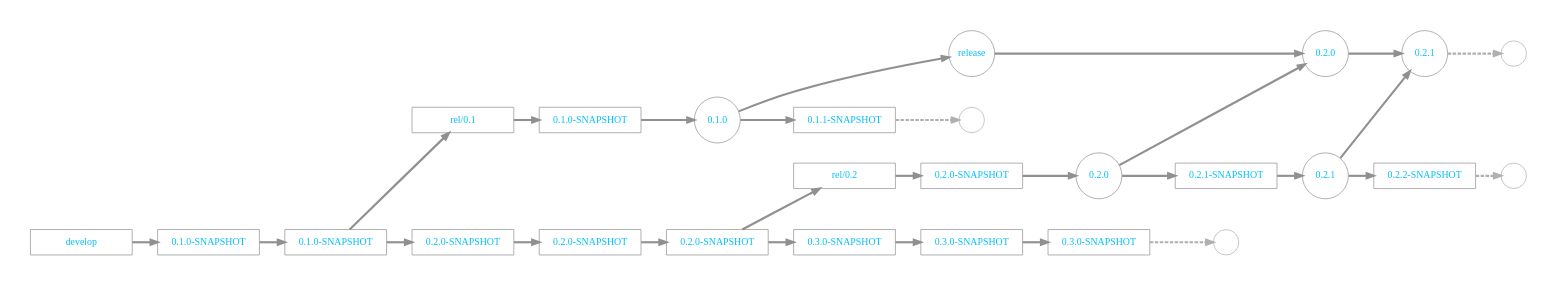
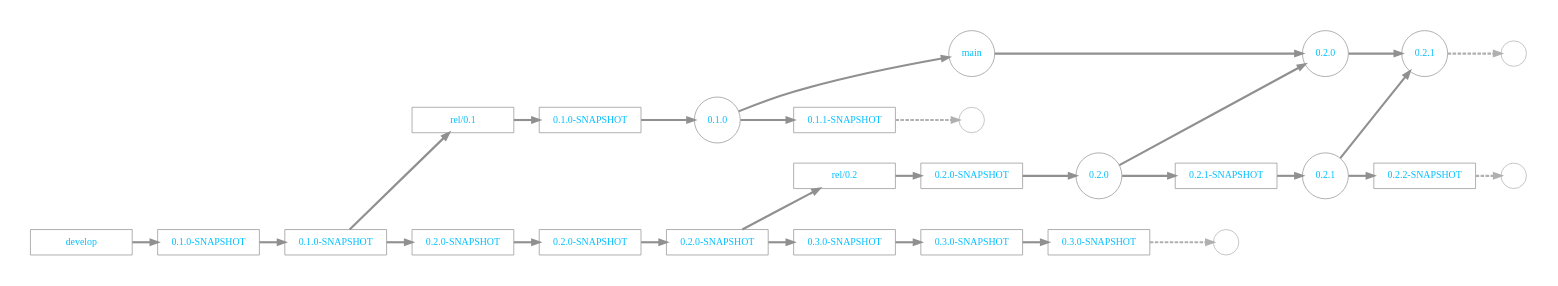
The diagram in src/site/asciidoc/developers/contributing.adoc (apache/plc4x), drawn with Graphviz before and after one commit. The commit also changed other lines of this file, not shown here.

Commit message:
dodocs(site): Updated the name of the "release" branch (changed it to "main") in the contributing.adoc page

```diff
--- a/src/site/asciidoc/developers/contributing.adoc
+++ b/src/site/asciidoc/developers/contributing.adoc
@@ -138,63 +138,63 @@
 [graphviz, plc4x-branching-model, png]
 ----
 digraph g{
     rankdir="LR";
     pad=0.5;
     nodesep=0.6;
     ranksep=0.5;
     forcelabels=true;
 
     node [fixedsize=true,
         shape=circle, style=empty, color="#909090", height=0.5
         fontcolor="deepskyblue", font="Arial bold", fontsize="14pt" ];
     edge [color="#909090", penwidth=3];
 
-    node  [group="release"];
-    m1    [label="release", width=0.9];
+    node  [group="main"];
+    m1    [label="main", width=0.9];
     m2   [label="0.2.0", width=0.9];
     m3   [label="0.2.1", width=0.9];
     m4   [label="", shape=circle, color="#b0b0b0"];
     m1 -> m2 -> m3
     m3 -> m4 [color="#b0b0b0", style=dashed];
 
     node  [group="rel/0.1", Ylabel="hurz"];
     r11   [label="rel/0.1", width=2, shape=box];
     r12   [label="0.1.0-SNAPSHOT", width=2, shape=box];
     r13   [label="0.1.0", width=0.9];
     r14   [label="0.1.1-SNAPSHOT", width=2, shape=box];
     r15   [label="", shape=circle, color="#b0b0b0"];
     r11 -> r12 -> r13 -> r14;
     r14 -> r15 [color="#b0b0b0", style=dashed];
     r13 -> m1
 
     node  [group="rel/0.2", Ylabel="hurz"];
     r21   [label="rel/0.2", width=2, shape=box];
     r22   [label="0.2.0-SNAPSHOT", width=2, shape=box];
     r23   [label="0.2.0", width=0.9];
     r24   [label="0.2.1-SNAPSHOT", width=2, shape=box];
     r25   [label="0.2.1", width=0.9];
     r26   [label="0.2.2-SNAPSHOT", width=2, shape=box];
     r27   [label="", shape=circle, color="#b0b0b0"];
     r21 -> r22 -> r23 -> r24 -> r25 -> r26;
     r26 -> r27 [color="#b0b0b0", style=dashed];
     r23 -> m2
     r25 -> m3
 
     node  [group="develop"];
     d1    [label="develop", width=2, shape=box];
     d2    [label="0.1.0-SNAPSHOT", width=2, shape=box];
     d3    [label="0.1.0-SNAPSHOT", width=2, shape=box];
     d4    [label="0.2.0-SNAPSHOT", width=2, shape=box];
     d5    [label="0.2.0-SNAPSHOT", width=2, shape=box];
     d6    [label="0.2.0-SNAPSHOT", width=2, shape=box];
     d7    [label="0.3.0-SNAPSHOT", width=2, shape=box];
     d8    [label="0.3.0-SNAPSHOT", width=2, shape=box];
     d9    [label="0.3.0-SNAPSHOT", width=2, shape=box];
     d10    [label="", shape=circle, color="#b0b0b0"];
     d1 -> d2 -> d3 -> d4 -> d5 -> d6 -> d7 -> d8 -> d9;
     d9 -> d10 [color="#b0b0b0", style=dashed];
 
     d3 -> r11
     d6 -> r21
 }
 ----
```
